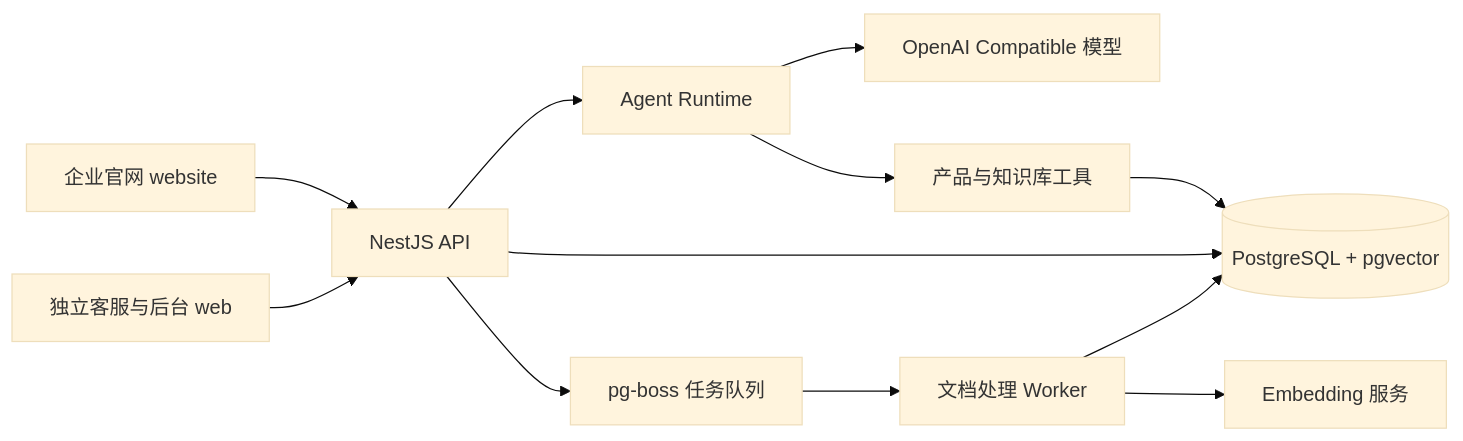
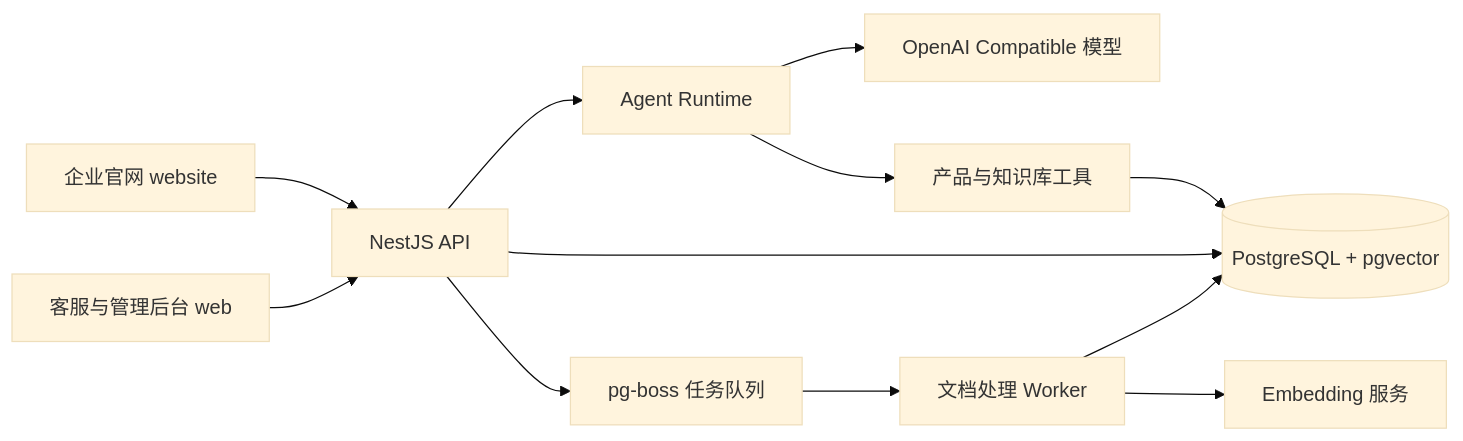
The diagram in README.md (chaobin0701/grounded-support), drawn with Mermaid (base theme) before and after one commit. The commit also changed other lines of this file, not shown here.

Commit message:
docs: emphasize extensible agent architecture

````diff
--- a/README.md
+++ b/README.md
@@ -35,14 +37,14 @@
 ```mermaid
 flowchart LR
     W[企业官网 website] --> API[NestJS API]
-    C[独立客服与后台 web] --> API
+    C[客服与管理后台 web] --> API
     API --> A[Agent Runtime]
     A --> L[OpenAI Compatible 模型]
     A --> T[产品与知识库工具]
     T --> DB[(PostgreSQL + pgvector)]
     API --> DB
     API --> Q[pg-boss 任务队列]
     Q --> WK[文档处理 Worker]
     WK --> DB
     WK --> E[Embedding 服务]
 ```
````
